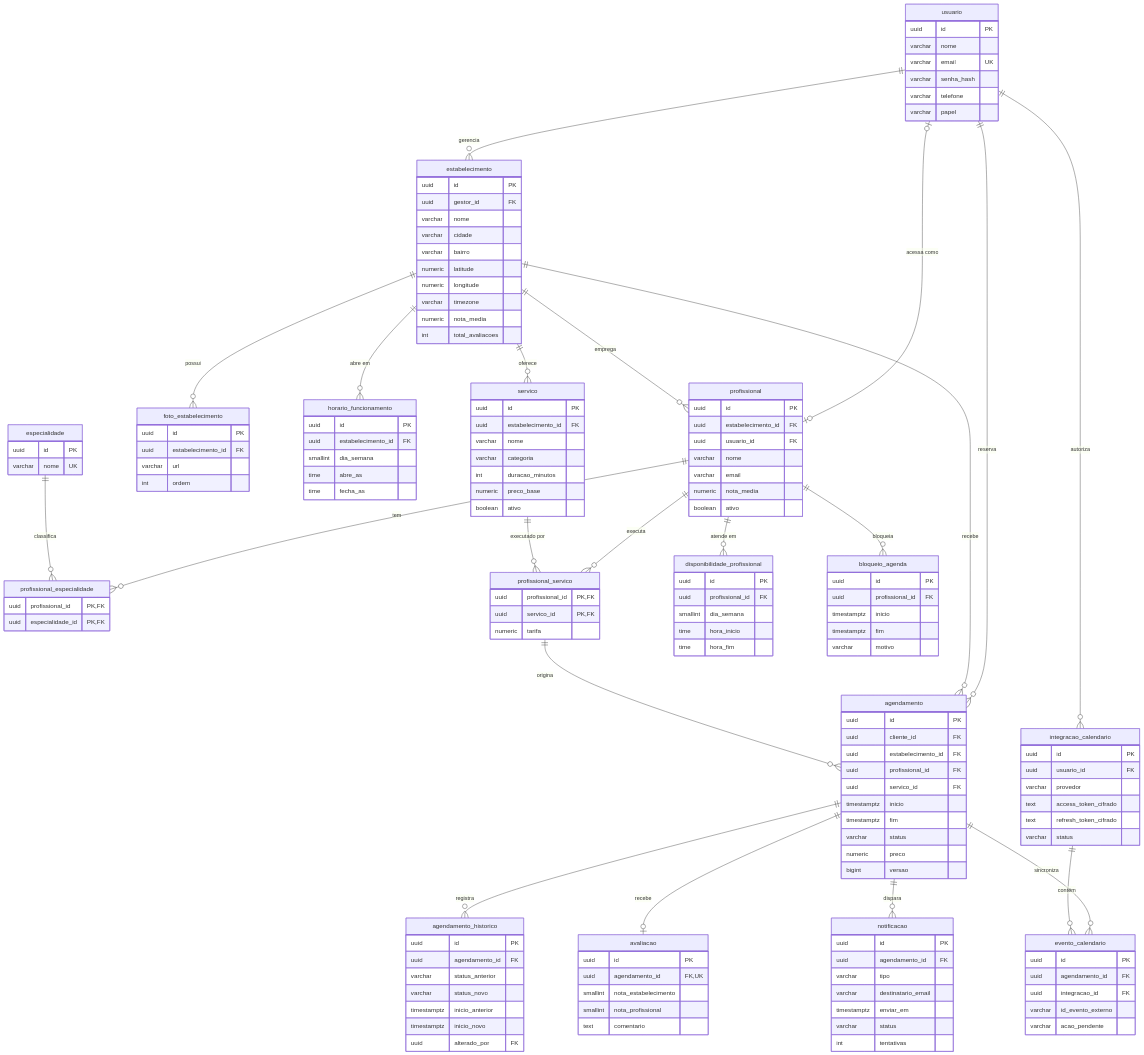
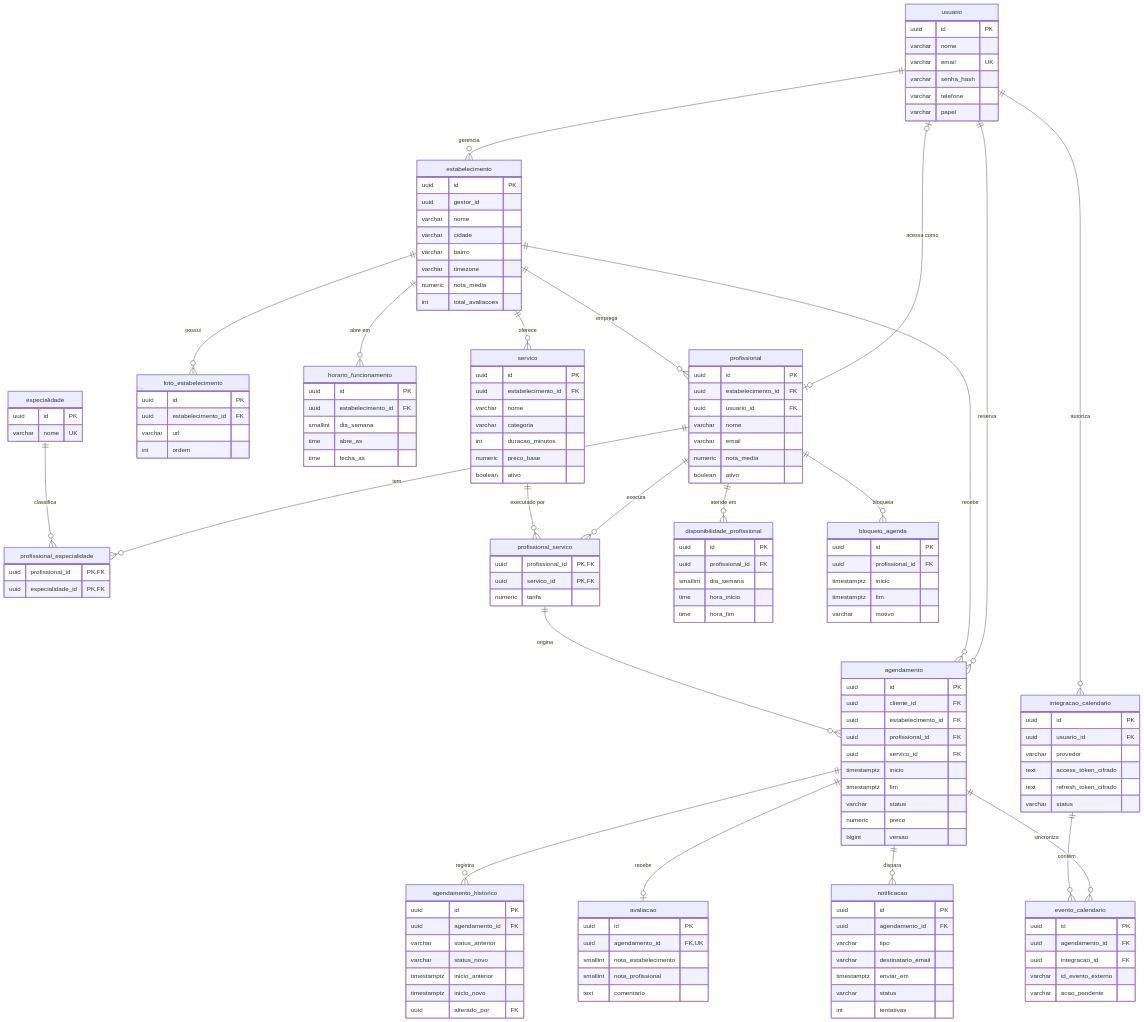
The first of 2 diagrams in artefatos/modelagem-de-dados.md (c-nnett/prova-sub-fase-3), drawn with Mermaid before and after one commit. The commit also changed other lines of this file and 1 other file, not shown here.

```diff
--- a/artefatos/modelagem-de-dados.md
+++ b/artefatos/modelagem-de-dados.md
@@ -53,12 +53,10 @@
     }
     estabelecimento {
         uuid id PK
-        uuid gestor_id FK
+        uuid gestor_id
         varchar nome
         varchar cidade
         varchar bairro
-        numeric latitude
-        numeric longitude
         varchar timezone
         numeric nota_media
         int total_avaliacoes
```
